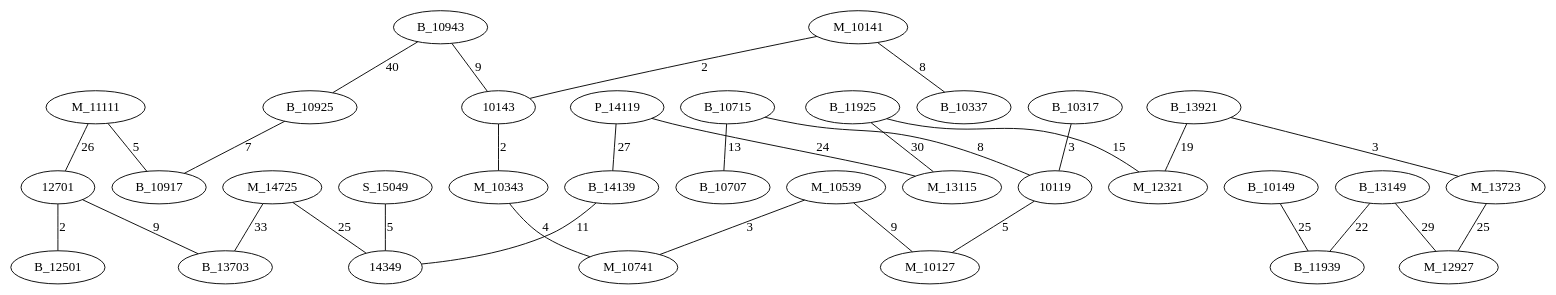
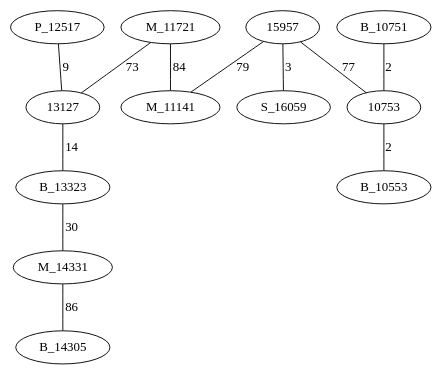
Before and after one commit to AsmNoob/Labyrinthe: the diagram in Graph.dot, drawn with Graphviz. The commit also changed 4 other files, not shown here.

```diff
--- a/Graph.dot
+++ b/Graph.dot
@@ -1,35 +1,15 @@
 graph chemin {
 
-	P_14119 -- B_14139 [label=27]
-	P_14119 -- M_13115 [label=24]
-	B_10943 -- 10143 [label=9]
-	B_10943 -- B_10925 [label=40]
-	M_11111 -- B_10917 [label=5]
-	M_11111 -- 12701 [label=26]
-	B_13149 -- M_12927 [label=29]
-	B_13149 -- B_11939 [label=22]
-	B_10925 -- B_10917 [label=7]
-	B_10149 -- B_11939 [label=25]
-	S_15049 -- 14349 [label=5]
-	B_10715 -- 10119 [label=8]
-	B_10715 -- B_10707 [label=13]
-	B_10317 -- 10119 [label=3]
-	B_11925 -- M_12321 [label=15]
-	B_11925 -- M_13115 [label=30]
-	12701 -- B_13703 [label=9]
-	12701 -- B_12501 [label=2]
-	B_14139 -- 14349 [label=11]
-	B_13921 -- M_13723 [label=3]
-	B_13921 -- M_12321 [label=19]
-	M_10141 -- B_10337 [label=8]
-	M_10141 -- 10143 [label=2]
-	M_10539 -- M_10127 [label=9]
-	M_10539 -- M_10741 [label=3]
-	M_13723 -- M_12927 [label=25]
-	10143 -- M_10343 [label=2]
-	M_14725 -- 14349 [label=25]
-	M_14725 -- B_13703 [label=33]
-	10119 -- M_10127 [label=5]
-	M_10343 -- M_10741 [label=4]
+	P_12517 -- 13127 [label=9]
+	M_11721 -- 13127 [label=73]
+	M_11721 -- M_11141 [label=84]
+	15957 -- M_11141 [label=79]
+	15957 -- S_16059 [label=3]
+	15957 -- 10753 [label=77]
+	13127 -- B_13323 [label=14]
+	B_13323 -- M_14331 [label=30]
+	M_14331 -- B_14305 [label=86]
+	B_10751 -- 10753 [label=2]
+	10753 -- B_10553 [label=2]
 
 }
```
